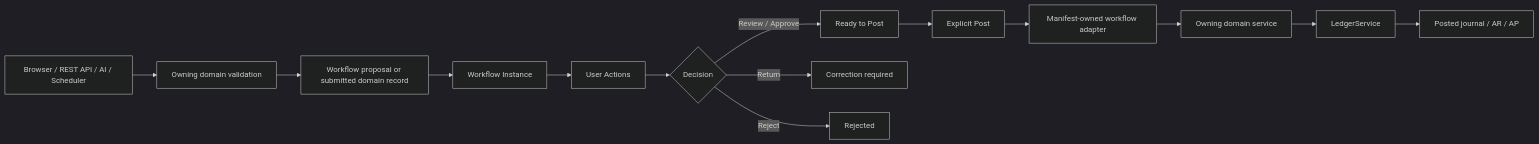
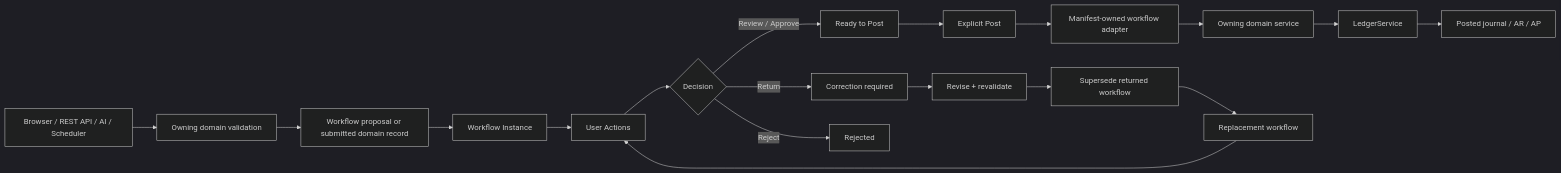
Before and after one commit to zageabb/LedgerOne: the diagram in docs/WORKFLOW_ENGINE.md, drawn with Mermaid (dark theme). The commit also changed other lines of this file, not shown here.

Commit message:
Document implemented workflow resubmission controls

````diff
--- a/docs/WORKFLOW_ENGINE.md
+++ b/docs/WORKFLOW_ENGINE.md
@@ -15,16 +15,20 @@
 ```mermaid
 flowchart LR
     A[Browser / REST API / AI / Scheduler] --> B[Owning domain validation]
     B --> C[Workflow proposal or submitted domain record]
     C --> D[Workflow Instance]
     D --> E[User Actions]
     E --> F{Decision}
     F -->|Review / Approve| G[Ready to Post]
     F -->|Return| H[Correction required]
     F -->|Reject| I[Rejected]
+    H --> R[Revise + revalidate]
+    R --> S[Supersede returned workflow]
+    S --> T[Replacement workflow]
+    T --> E
     G --> J[Explicit Post]
     J --> K[Manifest-owned workflow adapter]
     K --> L[Owning domain service]
     L --> M[LedgerService]
     M --> N[Posted journal / AR / AP]
 ```
````
